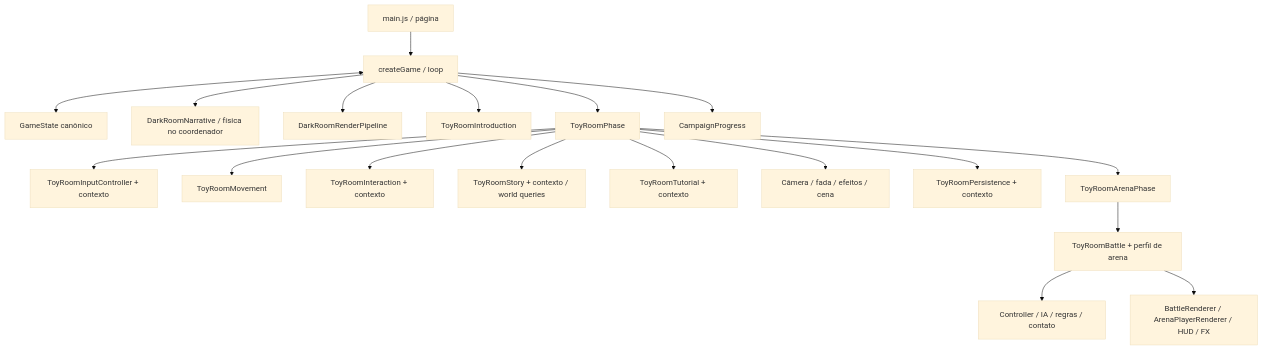
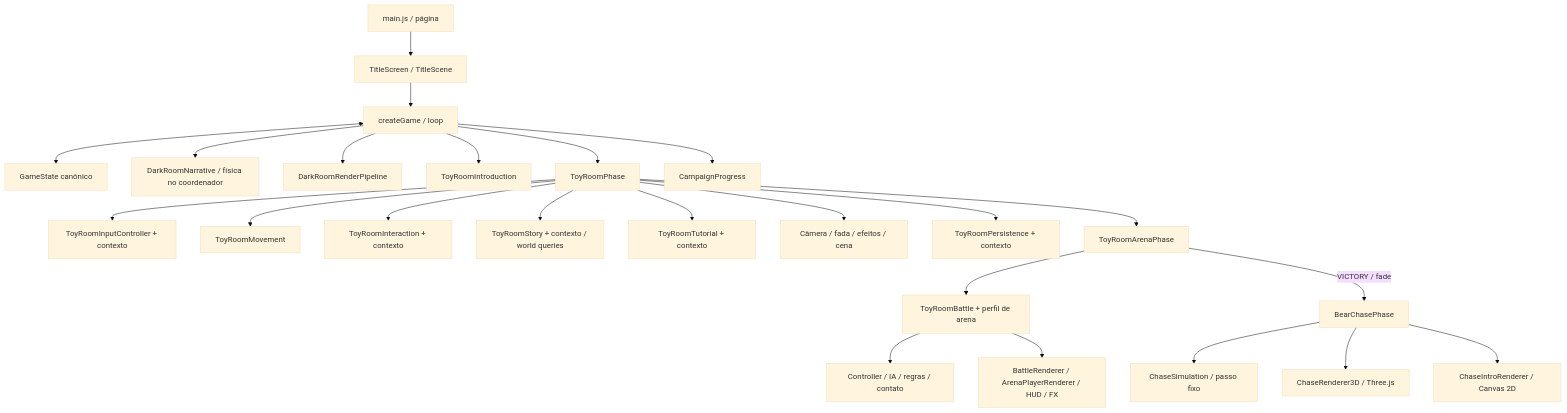
Before and after one commit to luciussama/legendGirl: the diagram in docs/ARQUITETURA.md, drawn with Mermaid (base theme). The commit also changed other lines of this file and 48 other files, not shown here.

````diff
--- a/docs/ARQUITETURA.md
+++ b/docs/ARQUITETURA.md
@@ -19,21 +19,26 @@
 ```mermaid
 flowchart TD
-  DOM[main.js / página] --> GAME[createGame / loop]
+  DOM[main.js / página] --> TITLE[TitleScreen / TitleScene]
+  TITLE --> GAME[createGame / loop]
   GAME <--> STATE[GameState canônico]
   GAME --> DARK[DarkRoomNarrative / física no coordenador]
   GAME --> DRAW[DarkRoomRenderPipeline]
   GAME --> INTRO[ToyRoomIntroduction]
   GAME --> ROOM[ToyRoomPhase]
   GAME --> SAVE[CampaignProgress]
   ROOM --> INPUT[ToyRoomInputController + contexto]
   ROOM --> MOVE[ToyRoomMovement]
   ROOM --> ACTION[ToyRoomInteraction + contexto]
   ROOM --> STORY[ToyRoomStory + contexto / world queries]
   ROOM --> TUTORIAL[ToyRoomTutorial + contexto]
   ROOM --> PRESENT[Câmera / fada / efeitos / cena]
   ROOM --> SERIAL[ToyRoomPersistence + contexto]
   ROOM --> ARENA[ToyRoomArenaPhase]
   ARENA --> BATTLE[ToyRoomBattle + perfil de arena]
+  ARENA -->|VICTORY / fade| CHASE[BearChasePhase]
+  CHASE --> SIM[ChaseSimulation / passo fixo]
+  CHASE --> WEBGL[ChaseRenderer3D / Three.js]
+  CHASE --> CINEMA[ChaseIntroRenderer / Canvas 2D]
   BATTLE --> ACTORS[Controller / IA / regras / contato]
   BATTLE --> VIEW[BattleRenderer / ArenaPlayerRenderer / HUD / FX]
 ```
````
